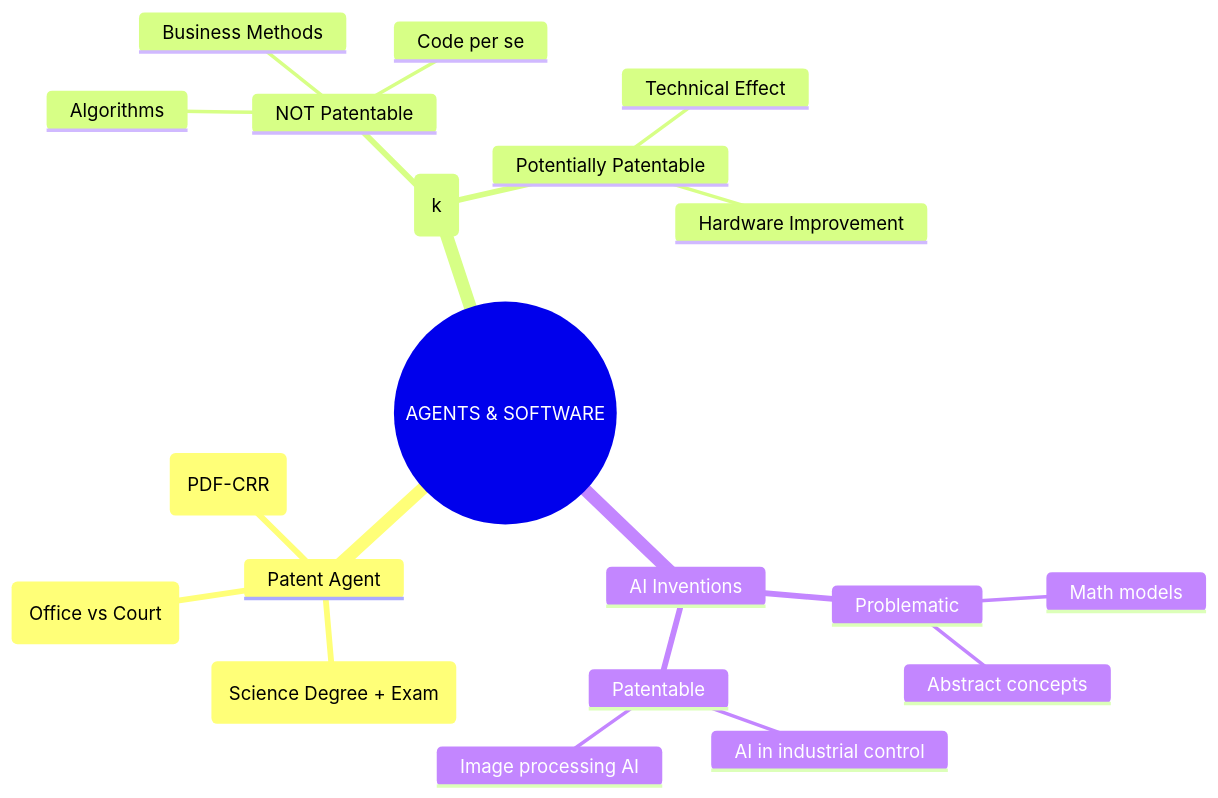
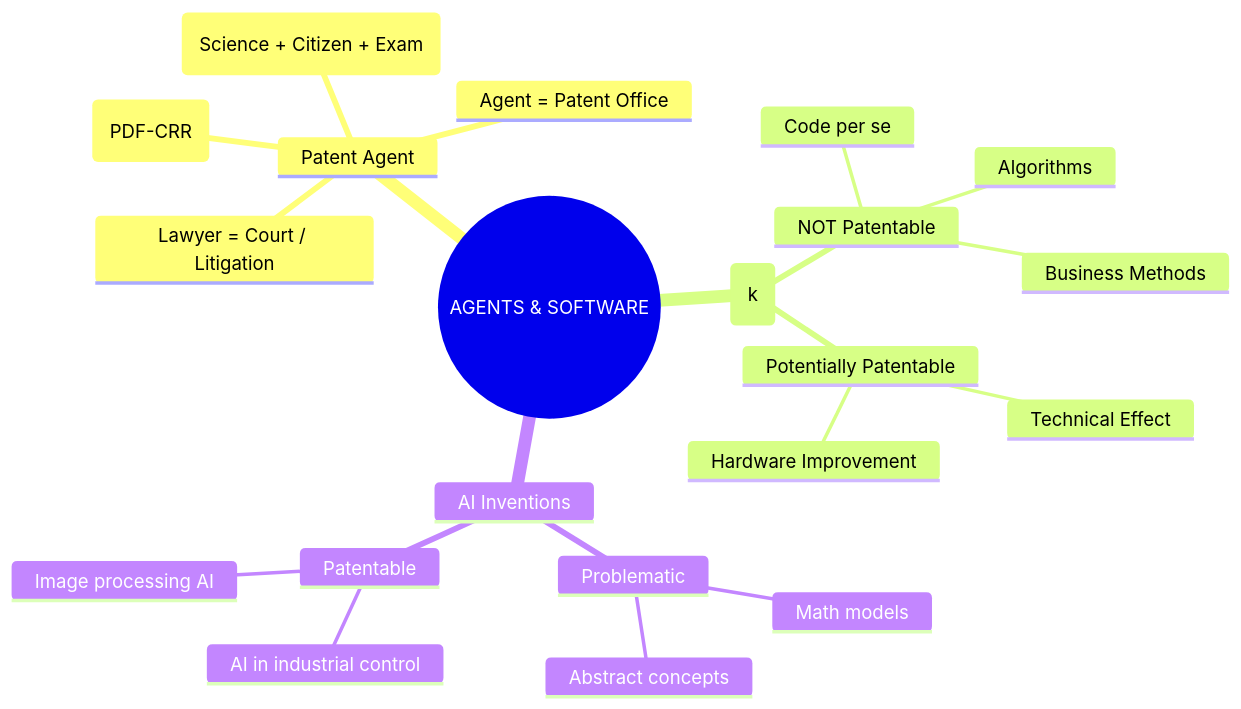
One commit to Aryns293/IPR changed the diagram in 15_Patent_Agents_and_Software_Patents.md. Above: the diagram before and after it, drawn with Mermaid. The commit also changed other lines of this file and 1 other file, not shown here.

````diff
--- a/15_Patent_Agents_and_Software_Patents.md
+++ b/15_Patent_Agents_and_Software_Patents.md
@@ -95,23 +102,24 @@
 ```mermaid
 mindmap
   root((AGENTS & SOFTWARE))
     Patent Agent
       Functions (PDF-CRR)
-      Qualifications (Science Degree + Exam)
-      Vs Lawyer (Office vs Court)
+      Qualifications (Science + Citizen + Exam)
+      Agent = Patent Office
+      Lawyer = Court / Litigation
     Software Patents Sec 3(k)
       NOT Patentable
         Algorithms
         Business Methods
         Code per se
       Potentially Patentable
         Technical Effect
         Hardware Improvement
     AI Inventions
       Problematic
         Math models
         Abstract concepts
       Patentable
         AI in industrial control
         Image processing AI
 ```
````
